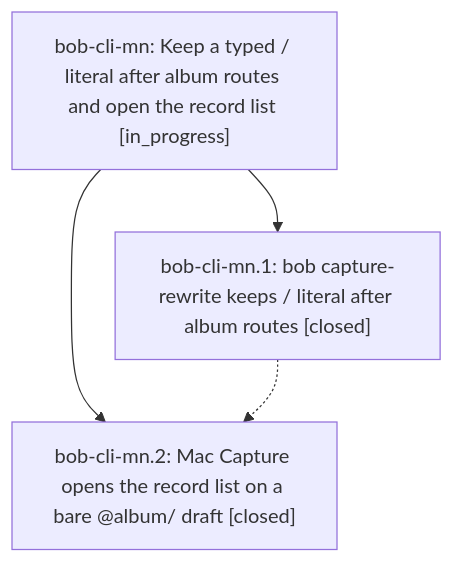
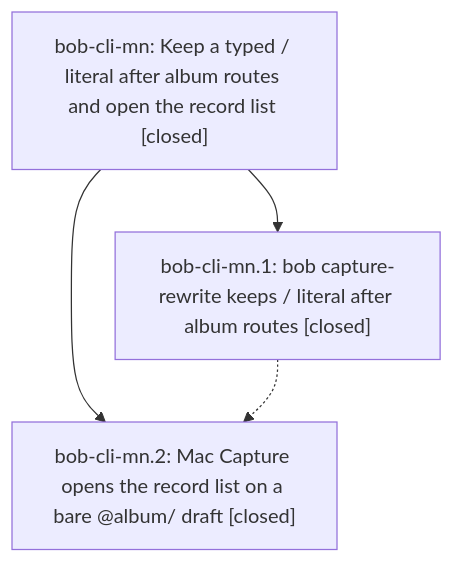
One commit to bobs-org/bob-cli--beads changed the diagram in pages/bob-cli-mn/README.md. Above: the diagram before and after it, drawn with Mermaid. The commit also changed other lines of this file and 1 other file, not shown here.

First line of the commit message:
chore(beads): sync bead state and pages for bob-cli-mn

````diff
--- a/pages/bob-cli-mn/README.md
+++ b/pages/bob-cli-mn/README.md
@@ -35,9 +49,9 @@
 ```mermaid
 flowchart TD
-    n0["bob-cli-mn: Keep a typed / literal after album routes and open the record list [in_progress]"]
+    n0["bob-cli-mn: Keep a typed / literal after album routes and open the record list [closed]"]
     n1["bob-cli-mn.1: bob capture-rewrite keeps / literal after album routes [closed]"]
     n2["bob-cli-mn.2: Mac Capture opens the record list on a bare @album/ draft [closed]"]
     n0 --> n1
     n0 --> n2
     n1 -.-> n2
 ```
````
